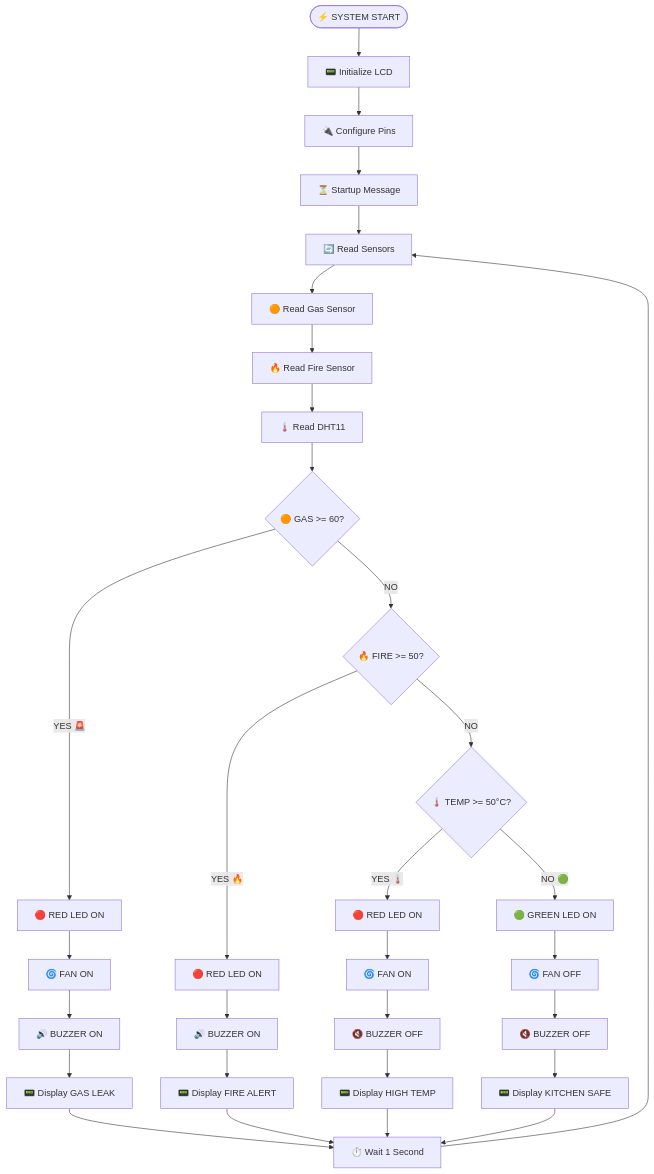
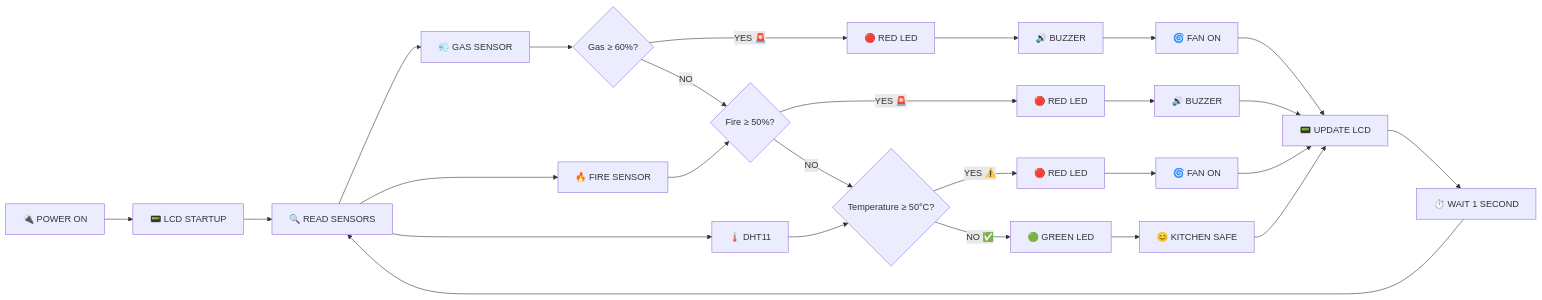
One commit to AkashAnnamalai/Kitchen-Monitoring-Systems changed the first of 16 diagrams in README.md. Above: the diagram before and after it, drawn with Mermaid. The commit also changed other lines of this file, not shown here.

````diff
--- a/README.md
+++ b/README.md
@@ -89,43 +43,38 @@
 ```mermaid
-flowchart TD
-    A([⚡ SYSTEM START]) --> B[📟 Initialize LCD]
-    B --> C[🔌 Configure Pins]
-    C --> D[⏳ Startup Message]
-    D --> E[🔄 Read Sensors]
+flowchart LR
+    A["🔌 POWER ON"] --> B["📟 LCD STARTUP"]
+    B --> C["🔍 READ SENSORS"]
 
-    E --> F[🟠 Read Gas Sensor]
-    F --> G[🔥 Read Fire Sensor]
-    G --> H[🌡️ Read DHT11]
-    
-    H --> I{🟠 GAS >= 60?}
+    C --> D["💨 GAS SENSOR"]
+    C --> E["🔥 FIRE SENSOR"]
+    C --> F["🌡️ DHT11"]
 
-    I -->|YES 🚨| J[🔴 RED LED ON]
-    J --> K[🌀 FAN ON]
-    K --> L[🔊 BUZZER ON]
-    L --> M[📟 Display GAS LEAK]
-    
-    I -->|NO| N{🔥 FIRE >= 50?}
+    D --> G{"Gas ≥ 60%?"}
+    E --> H{"Fire ≥ 50%?"}
+    F --> I{"Temperature ≥ 50°C?"}
 
-    N -->|YES 🔥| O[🔴 RED LED ON]
-    O --> P[🔊 BUZZER ON]
-    P --> Q[📟 Display FIRE ALERT]
+    G -- "YES 🚨" --> J["🔴 RED LED"]
+    J --> K["🔊 BUZZER"]
+    K --> L["🌀 FAN ON"]
 
-    N -->|NO| R{🌡️ TEMP >= 50°C?}
+    G -- "NO" --> H
 
-    R -->|YES 🌡️| S[🔴 RED LED ON]
-    S --> T[🌀 FAN ON]
-    T --> U[🔇 BUZZER OFF]
-    U --> V[📟 Display HIGH TEMP]
+    H -- "YES 🚨" --> M["🔴 RED LED"]
+    M --> N["🔊 BUZZER"]
 
-    R -->|NO 🟢| W[🟢 GREEN LED ON]
-    W --> X[🌀 FAN OFF]
-    X --> Y[🔇 BUZZER OFF]
-    Y --> Z[📟 Display KITCHEN SAFE]
+    H -- "NO" --> I
 
-    M --> AA[⏱️ Wait 1 Second]
-    Q --> AA
-    V --> AA
-    Z --> AA
+    I -- "YES ⚠️" --> O["🔴 RED LED"]
+    O --> P["🌀 FAN ON"]
 
-    AA --> E
+    I -- "NO ✅" --> Q["🟢 GREEN LED"]
+    Q --> R["😊 KITCHEN SAFE"]
+
+    L --> S["📟 UPDATE LCD"]
+    N --> S
+    P --> S
+    R --> S
+
+    S --> T["⏱️ WAIT 1 SECOND"]
+    T --> C
 ```
````
